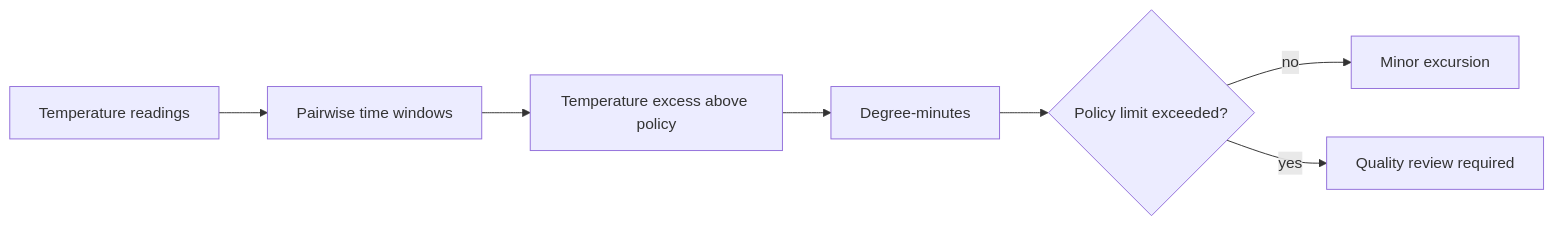
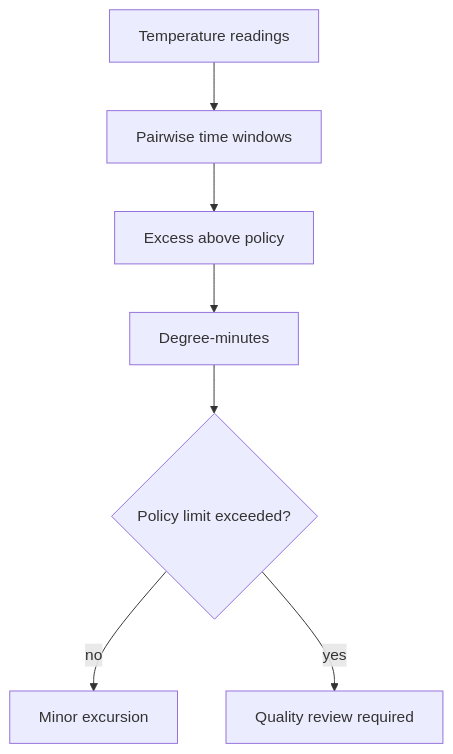
The sixth of 9 diagrams in docs/algorithms.md (roshaninfordham/monad-sentinel), drawn with Mermaid before and after one commit. The commit also changed other lines of this file and 22 other files, not shown here.

Commit message:
docs: refresh architecture docs and screenshots

````diff
--- a/docs/algorithms.md
+++ b/docs/algorithms.md
@@ -140,9 +187,14 @@
 ```mermaid
-flowchart LR
-  Readings[Temperature readings] --> Window[Pairwise time windows]
-  Window --> Excess[Temperature excess above policy]
-  Excess --> Exposure[Degree-minutes]
-  Exposure --> Severity{Policy limit exceeded?}
-  Severity -->|no| Watch[Minor excursion]
-  Severity -->|yes| Critical[Quality review required]
+flowchart TB
+  Readings[Temperature readings]
+  Windows[Pairwise time windows]
+  Excess[Excess above policy]
+  Exposure[Degree-minutes]
+  Limit{Policy limit exceeded?}
+  Minor[Minor excursion]
+  Critical[Quality review required]
+
+  Readings --> Windows --> Excess --> Exposure --> Limit
+  Limit -->|no| Minor
+  Limit -->|yes| Critical
 ```
````
